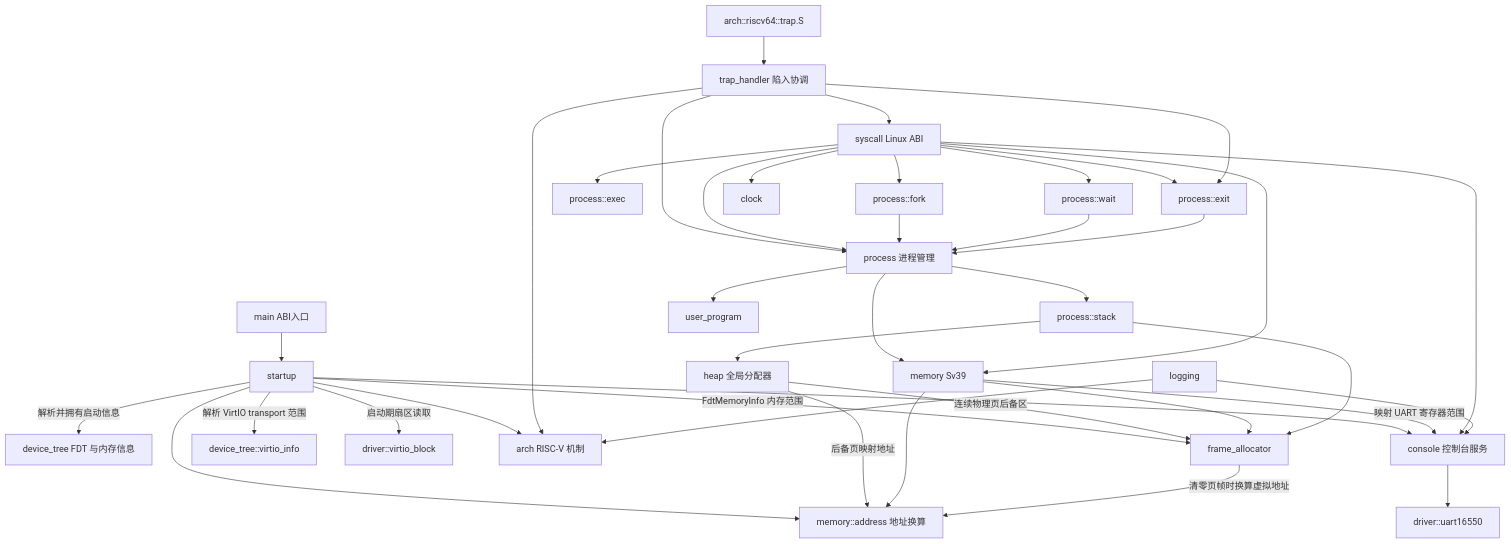
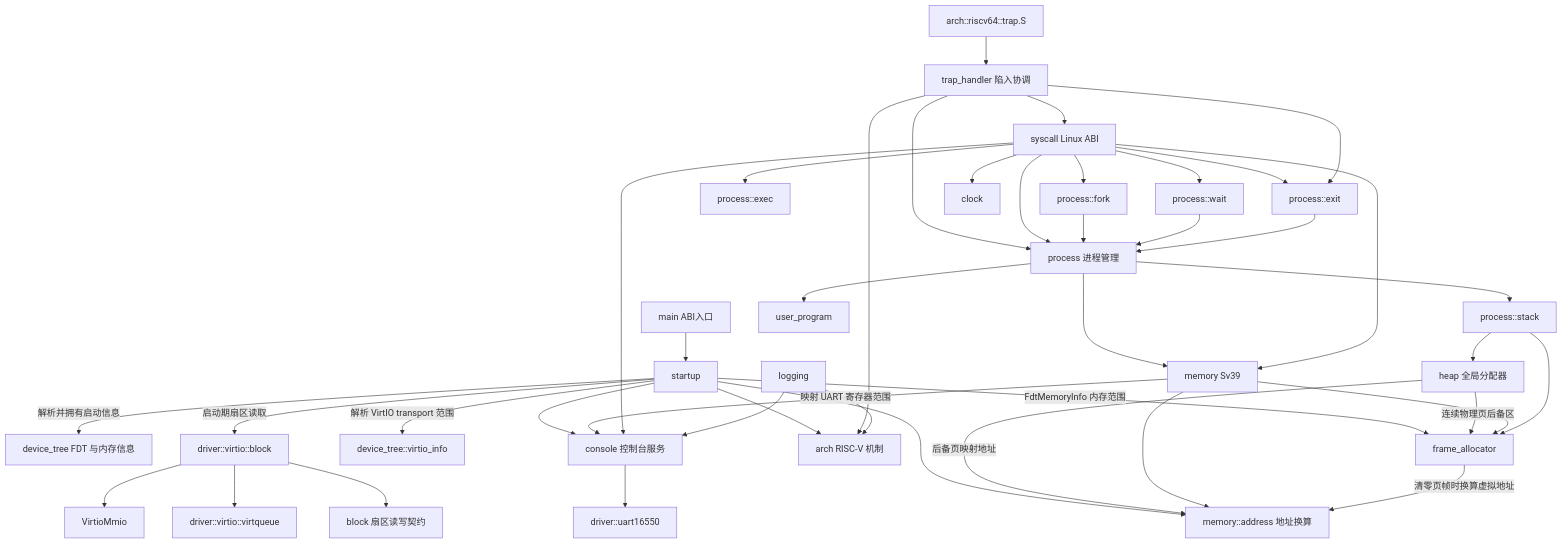
Before and after one commit to logeable/fullemu: the diagram in docs/architecture.md, drawn with Mermaid. The commit also changed other lines of this file and 14 other files, not shown here.

````diff
--- a/docs/architecture.md
+++ b/docs/architecture.md
@@ -74,42 +83,45 @@
 ```mermaid
 flowchart TD
     Main[main ABI入口] --> Startup[startup]
     Startup -->|解析并拥有启动信息| DeviceTree[device_tree FDT 与内存信息]
     Startup --> Address[memory::address 地址换算]
     Startup -->|FdtMemoryInfo 内存范围| Frames[frame_allocator]
     Startup -->|解析 VirtIO transport 范围| VirtioInfo[device_tree::virtio_info]
-    Startup -->|启动期扇区读取| VirtioBlock[driver::virtio_block]
+    Startup -->|启动期扇区读取| VirtioBlock[driver::virtio::block]
+    VirtioBlock --> Block[block 扇区读写契约]
+    VirtioBlock --> VirtioQueue[driver::virtio::virtqueue]
+    VirtioBlock --> VirtioMmio
     Heap[heap 全局分配器] -->|连续物理页后备区| Frames
     Heap -->|后备页映射地址| Address[memory::address 地址换算]
     Startup --> Arch[arch RISC-V 机制]
     Console[console 控制台服务]
     Console --> Uart[driver::uart16550]
     Startup --> Console
     ArchTrap[arch::riscv64::trap.S] --> TrapHandler[trap_handler 陷入协调]
     TrapHandler --> Arch
     TrapHandler --> Syscall[syscall Linux ABI]
     TrapHandler --> Process[process 进程管理]
     Syscall --> Process[process 进程管理]
     Syscall --> Fork[process::fork]
     Syscall --> Exec[process::exec]
     Syscall --> Wait[process::wait]
     Syscall --> Exit[process::exit]
     TrapHandler --> Exit
     Fork --> Process
     Wait --> Process
     Exit --> Process
     Memory[memory Sv39] --> Frames
     Memory --> Address
     Frames -->|清零页帧时换算虚拟地址| Address
     Memory -->|映射 UART 寄存器范围| Console
     Process --> Memory
     Process --> Stack[process::stack]
     Stack --> Heap
     Stack --> Frames
     Process --> Program[user_program]
     Syscall --> Memory
     Syscall --> Clock[clock]
     Syscall --> Console
     Logging[logging] --> Console
     Logging --> Arch
 ```
````
